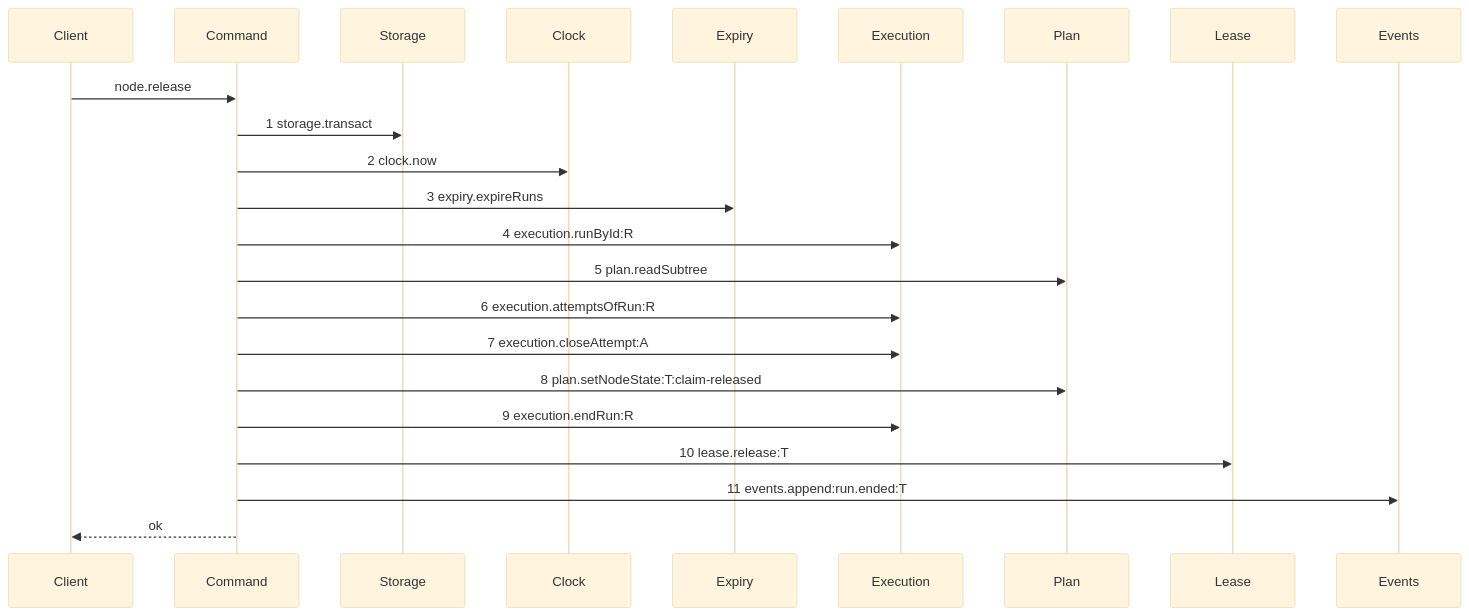
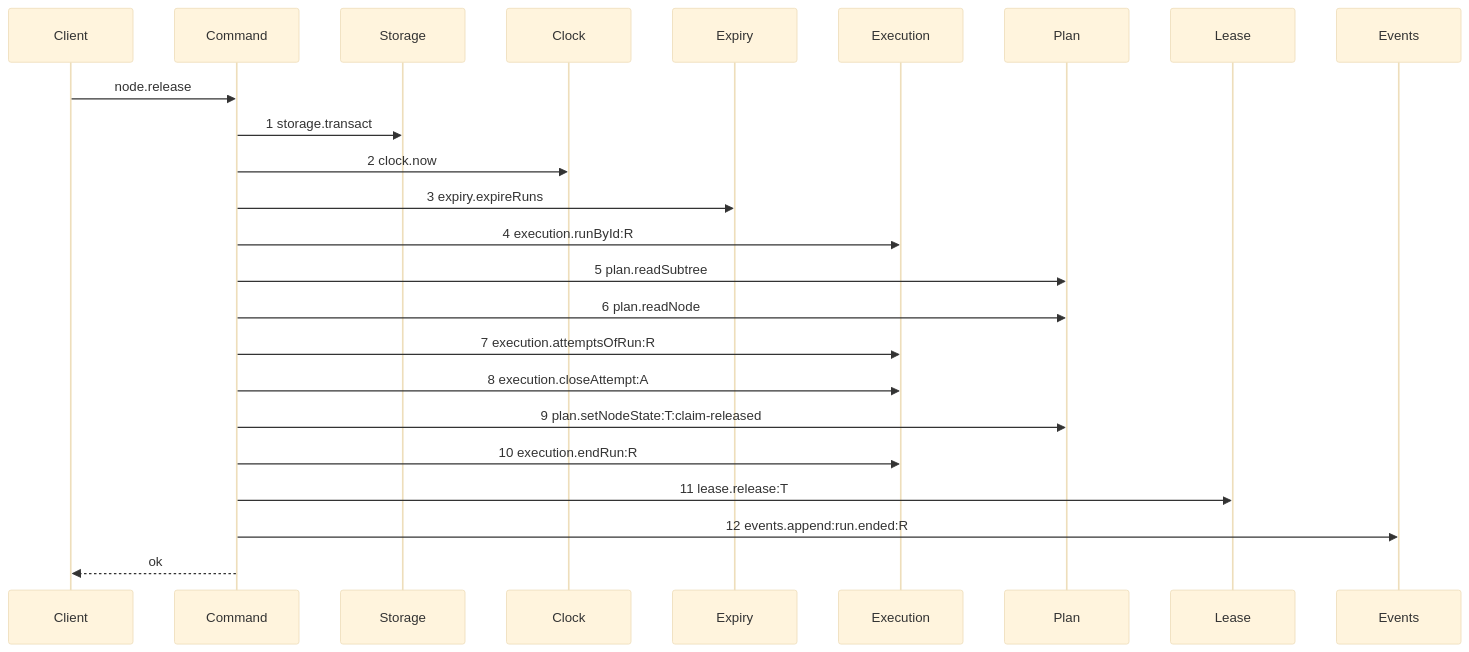
The second of 2 diagrams in .agents/plan/stories/050.2-the-run-renew-release-and-report/05-the-release.md (kanthorlabs/kanthord-engine), drawn with Mermaid (base theme) before and after one commit. The commit also changed other lines of this file and 52 other files, not shown here.

````diff
--- a/.agents/plan/stories/050.2-the-run-renew-release-and-report/05-the-release.md
+++ b/.agents/plan/stories/050.2-the-run-renew-release-and-report/05-the-release.md
@@ -59,25 +60,26 @@
 ```mermaid
 sequenceDiagram
     participant Client
     participant Command
     participant Storage
     participant Clock
     participant Expiry
     participant Execution
     participant Plan
     participant Lease
     participant Events
     Client->>Command: node.release
     Command->>Storage: 1 storage.transact
     Command->>Clock: 2 clock.now
     Command->>Expiry: 3 expiry.expireRuns
     Command->>Execution: 4 execution.runById:R
     Command->>Plan: 5 plan.readSubtree
-    Command->>Execution: 6 execution.attemptsOfRun:R
-    Command->>Execution: 7 execution.closeAttempt:A
-    Command->>Plan: 8 plan.setNodeState:T:claim-released
-    Command->>Execution: 9 execution.endRun:R
-    Command->>Lease: 10 lease.release:T
-    Command->>Events: 11 events.append:run.ended:T
+    Command->>Plan: 6 plan.readNode
+    Command->>Execution: 7 execution.attemptsOfRun:R
+    Command->>Execution: 8 execution.closeAttempt:A
+    Command->>Plan: 9 plan.setNodeState:T:claim-released
+    Command->>Execution: 10 execution.endRun:R
+    Command->>Lease: 11 lease.release:T
+    Command->>Events: 12 events.append:run.ended:R
     Command-->>Client: ok
 ```
````
